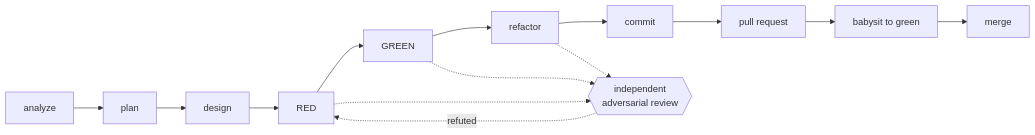
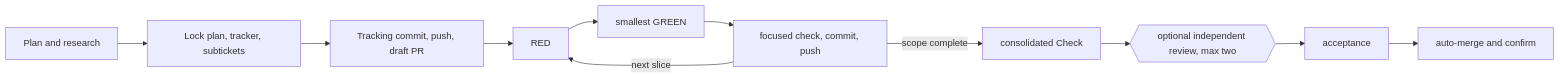
Before and after one commit to ShaftHQ/SHAFT_ENGINE: the fourth of 4 diagrams in .agents/skills/README.md, drawn with Mermaid. The commit also changed other lines of this file and 1 other file, not shown here.

````diff
--- a/.agents/skills/README.md
+++ b/.agents/skills/README.md
@@ -96,8 +96,10 @@
 ```mermaid
 flowchart LR
-    AN[analyze] --> PL[plan] --> DE[design] --> RD[RED] --> GR[GREEN] --> RF[refactor] --> CM[commit] --> PR[pull request] --> BG[babysit to green] --> MG[merge]
-    RD -.-> RV{{independent<br/>adversarial review}}
-    GR -.-> RV
-    RF -.-> RV
-    RV -.->|refuted| RD
+    AN[Plan and research] --> LK[Lock plan, tracker, subtickets]
+    LK --> PR[Tracking commit, push, draft PR]
+    PR --> RD[RED] --> GR[smallest GREEN] --> FC[focused check, commit, push]
+    FC -->|next slice| RD
+    FC -->|scope complete| CK[consolidated Check]
+    CK --> RV{{optional independent review, max two}}
+    RV --> AC[acceptance] --> MG[auto-merge and confirm]
 ```
````
